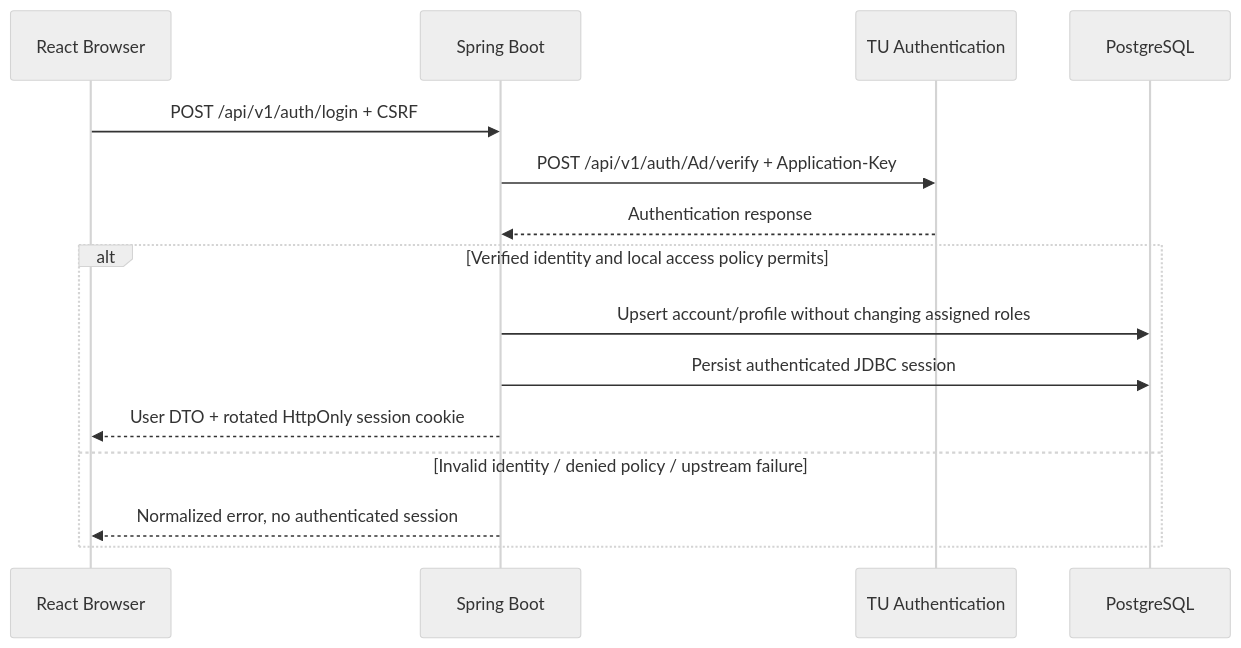
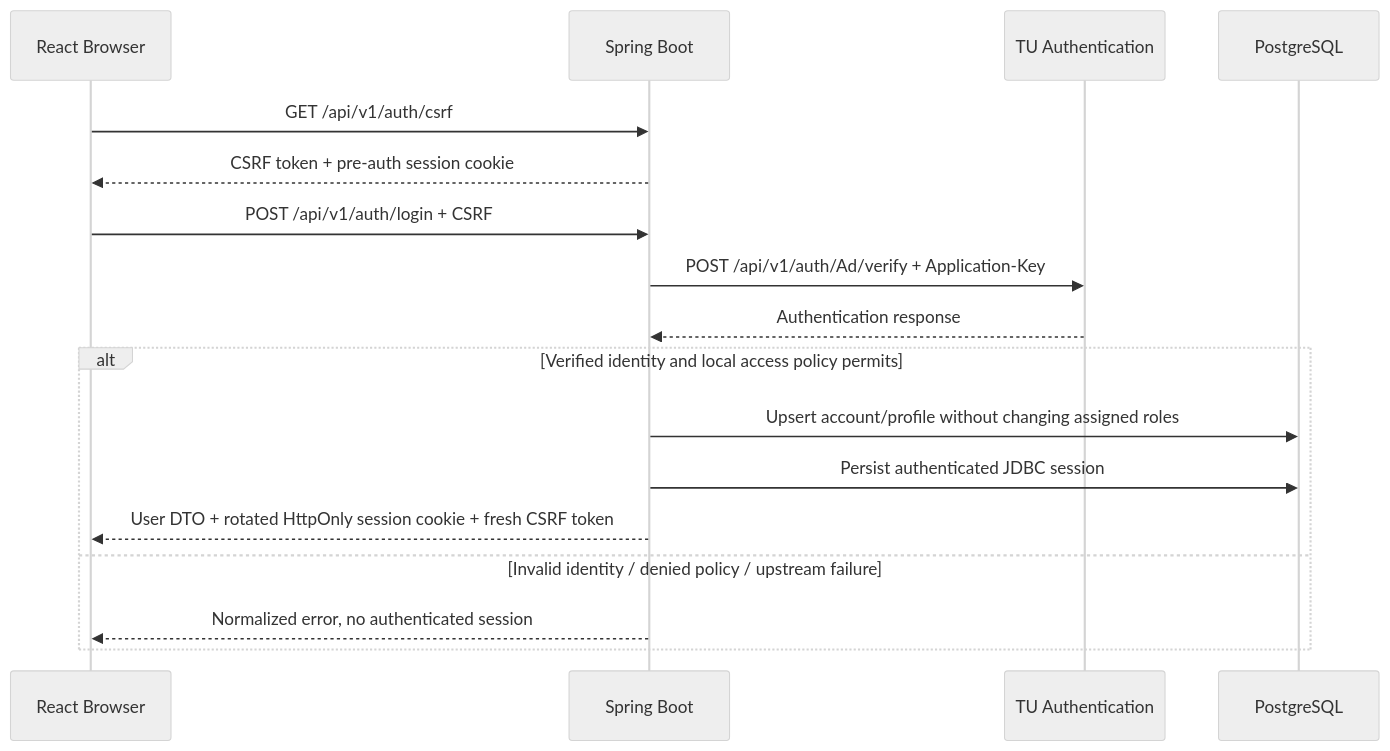
One commit to chanitnan0jr/TU_ClubHub_CS261 changed the diagram in docs/api/TU_API.md. Above: the diagram before and after it, drawn with Mermaid (neutral theme). The commit also changed other lines of this file and 4 other files, not shown here.

Commit message:
docs(auth): define session lifecycle

````diff
--- a/docs/api/TU_API.md
+++ b/docs/api/TU_API.md
@@ -478,17 +478,19 @@
 ```mermaid
 sequenceDiagram
   participant W as React Browser
   participant B as Spring Boot
   participant T as TU Authentication
   participant D as PostgreSQL
+  W->>B: GET /api/v1/auth/csrf
+  B-->>W: CSRF token + pre-auth session cookie
   W->>B: POST /api/v1/auth/login + CSRF
   B->>T: POST /api/v1/auth/Ad/verify + Application-Key
   T-->>B: Authentication response
   alt Verified identity and local access policy permits
     B->>D: Upsert account/profile without changing assigned roles
     B->>D: Persist authenticated JDBC session
-    B-->>W: User DTO + rotated HttpOnly session cookie
+    B-->>W: User DTO + rotated HttpOnly session cookie + fresh CSRF token
   else Invalid identity / denied policy / upstream failure
     B-->>W: Normalized error, no authenticated session
   end
 ```
````
